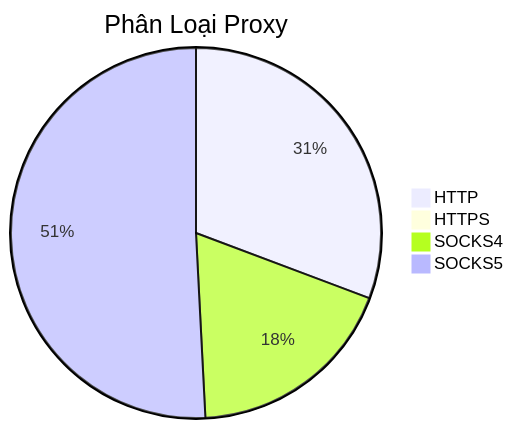
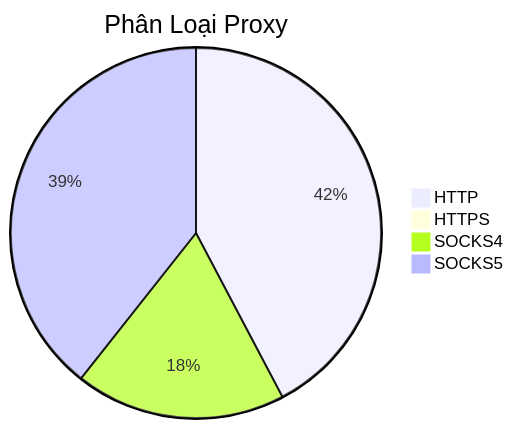
Before and after one commit to Ciara-12/PROXY-free: the diagram in README.md, drawn with Mermaid. The commit also changed other lines of this file and 4 other files, not shown here.

````diff
--- a/README.md
+++ b/README.md
@@ -26,7 +26,7 @@
 ```mermaid
 pie title Phân Loại Proxy
-    "HTTP" : 664
-    "HTTPS" : 5
-    "SOCKS4" : 399
-    "SOCKS5" : 1098
+    "HTTP" : 780
+    "HTTPS" : 3
+    "SOCKS4" : 339
+    "SOCKS5" : 726
 ```
````
